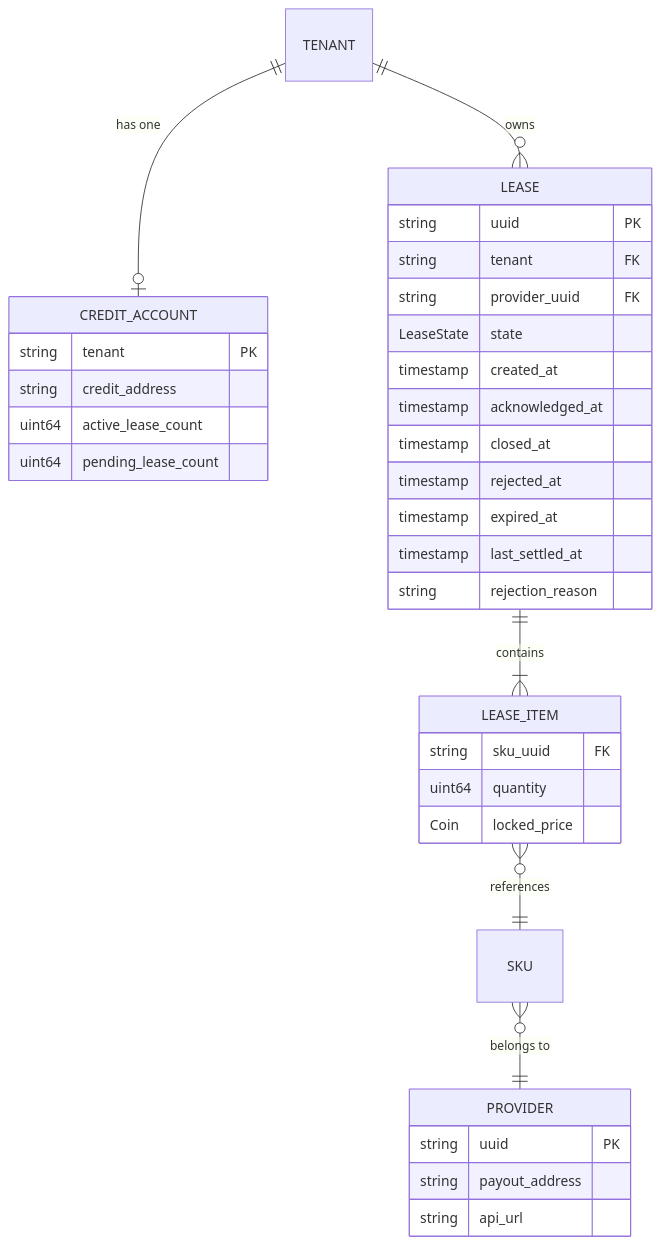
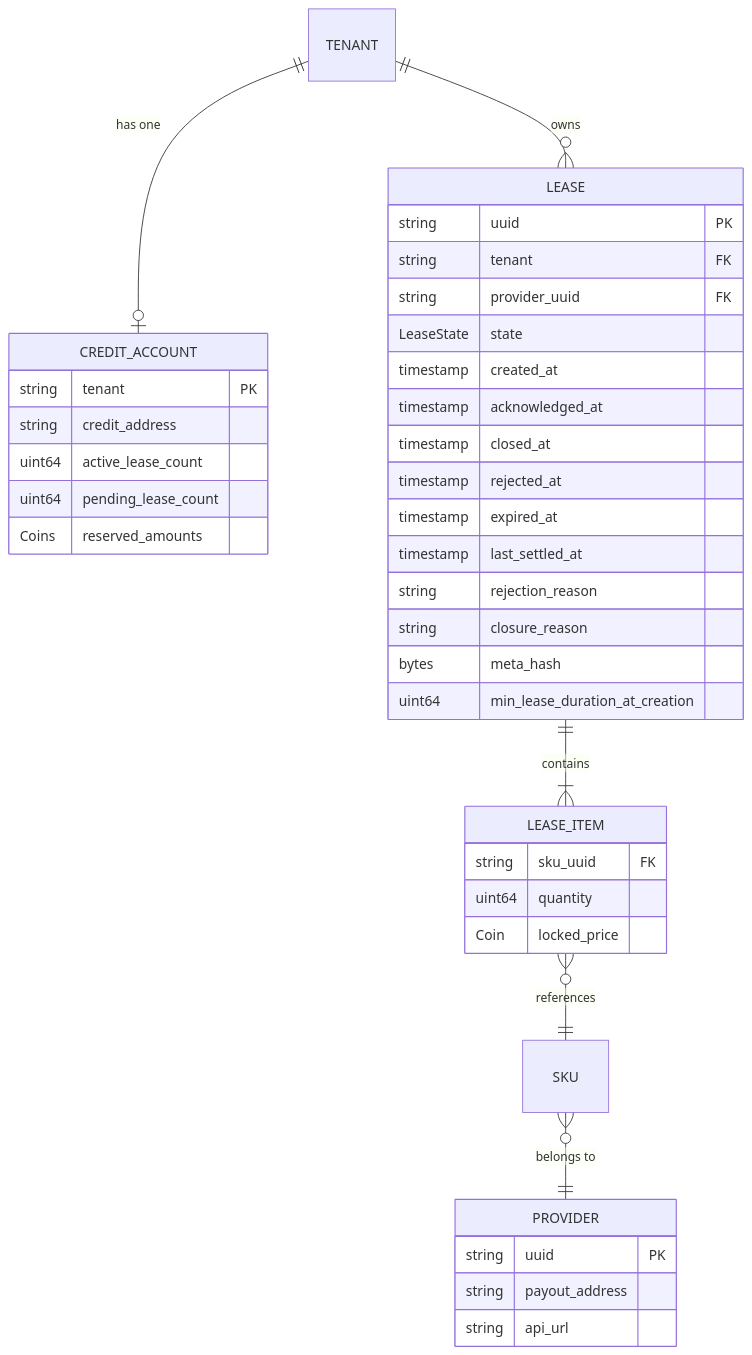
The second of 12 diagrams in x/billing/docs/ARCHITECTURE.md (manifest-network/manifest-ledger), drawn with Mermaid before and after one commit. The commit also changed other lines of this file and 18 other files, not shown here.

````diff
--- a/x/billing/docs/ARCHITECTURE.md
+++ b/x/billing/docs/ARCHITECTURE.md
@@ -39,41 +39,45 @@
 ```mermaid
 erDiagram
     TENANT ||--o| CREDIT_ACCOUNT : "has one"
     TENANT ||--o{ LEASE : "owns"
     LEASE ||--|{ LEASE_ITEM : "contains"
     LEASE_ITEM }o--|| SKU : "references"
     SKU }o--|| PROVIDER : "belongs to"
     
     CREDIT_ACCOUNT {
         string tenant PK
         string credit_address
         uint64 active_lease_count
         uint64 pending_lease_count
+        Coins reserved_amounts
     }
     
     LEASE {
         string uuid PK
         string tenant FK
         string provider_uuid FK
         LeaseState state
         timestamp created_at
         timestamp acknowledged_at
         timestamp closed_at
         timestamp rejected_at
         timestamp expired_at
         timestamp last_settled_at
         string rejection_reason
+        string closure_reason
+        bytes meta_hash
+        uint64 min_lease_duration_at_creation
     }
     
     LEASE_ITEM {
         string sku_uuid FK
         uint64 quantity
         Coin locked_price
     }
     
     PROVIDER {
         string uuid PK
         string payout_address
         string api_url
     }
 ```
````
